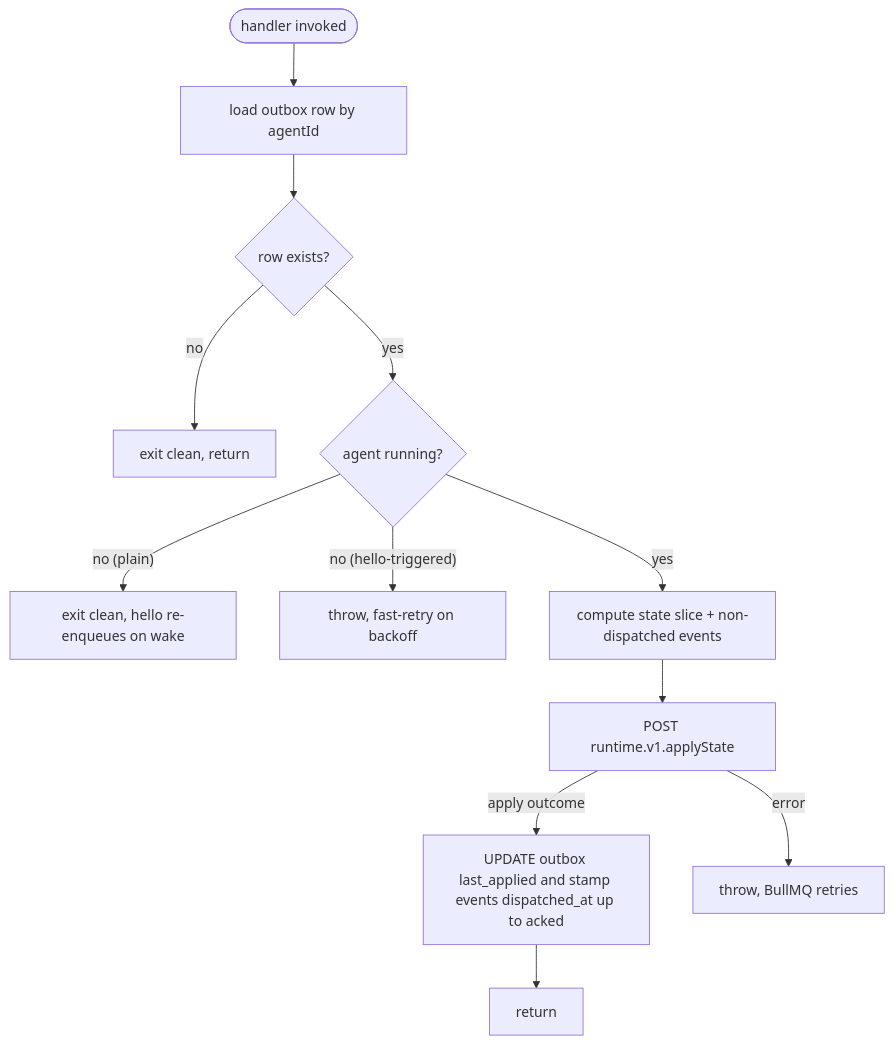
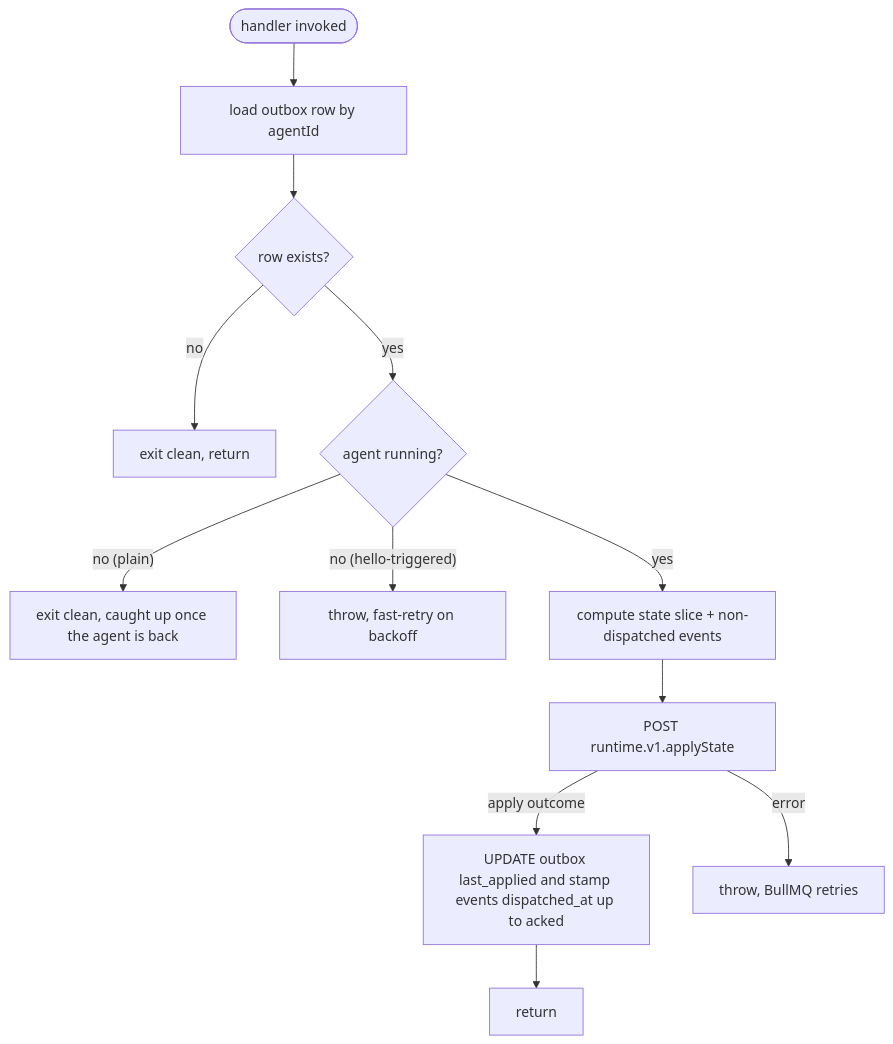
Before and after one commit to dam-agents/dam: the fifth of 5 diagrams in docs/architecture/runtime-delivery.md, drawn with Mermaid. The commit also changed other lines of this file, not shown here.

````diff
--- a/docs/architecture/runtime-delivery.md
+++ b/docs/architecture/runtime-delivery.md
@@ -192,24 +192,24 @@
 ```mermaid
 flowchart TD
   handlerStart([handler invoked])
   load[load outbox row by agentId]
   exists{row exists?}
   noop[exit clean, return]
   check{agent running?}
-  defer[exit clean, hello re-enqueues on wake]
+  defer[exit clean, caught up once the agent is back]
   retry[throw, fast-retry on backoff]
   compute[compute state slice + non-dispatched events]
   dispatch[POST runtime.v1.applyState]
   stamp["UPDATE outbox last_applied and stamp events dispatched_at up to acked"]
   ok[return]
   fail[throw, BullMQ retries]
 
   handlerStart --> load --> exists
   exists -->|no| noop
   exists -->|yes| check
   check -->|"no (plain)"| defer
   check -->|"no (hello-triggered)"| retry
   check -->|yes| compute --> dispatch
   dispatch -->|apply outcome| stamp --> ok
   dispatch -->|error| fail
 ```
````
